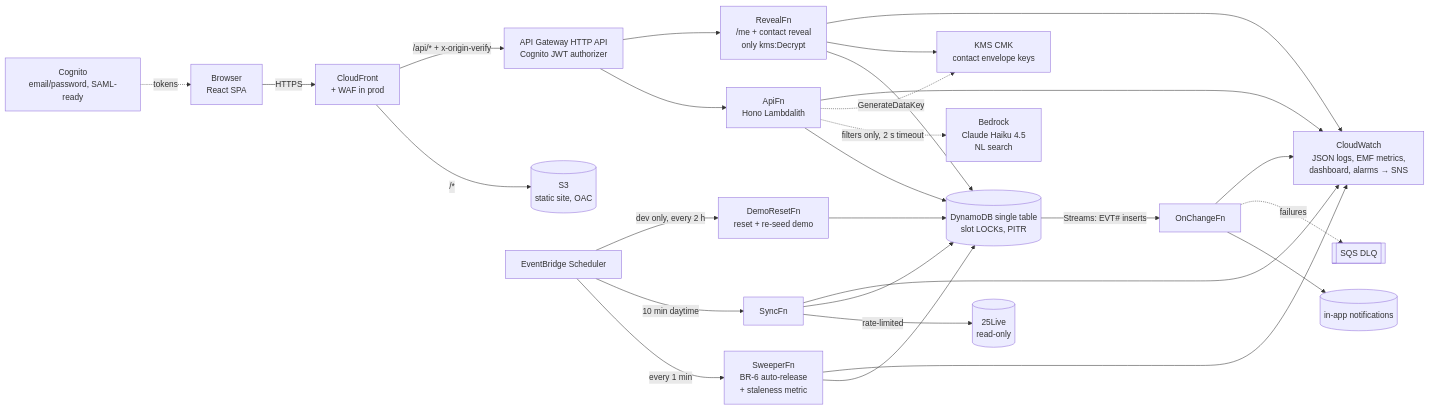
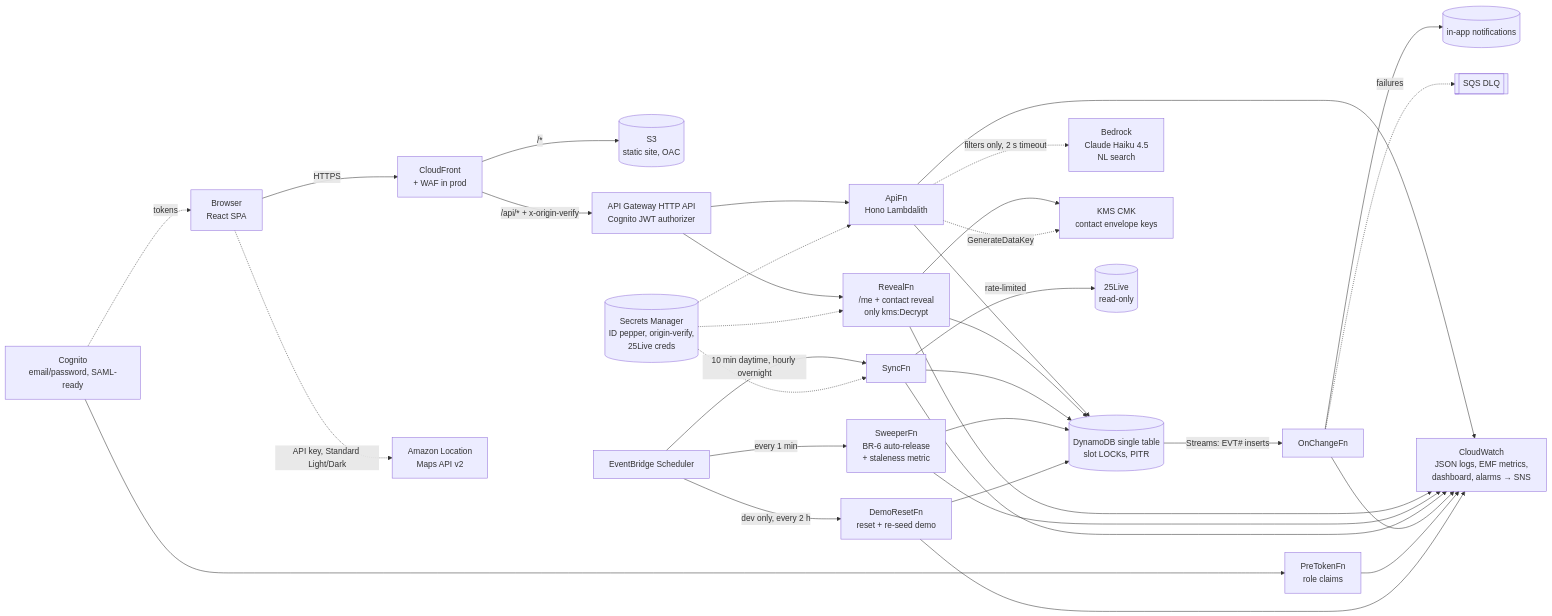
Before and after one commit to lakshmanlak07/freeroom: the diagram in README.md, drawn with Mermaid. The commit also changed other lines of this file and 7 other files, not shown here.

````diff
--- a/README.md
+++ b/README.md
@@ -31,22 +36,25 @@
 ```mermaid
 flowchart LR
   U[Browser<br/>React SPA] -->|HTTPS| CF[CloudFront<br/>+ WAF in prod]
+  U -.API key, Standard Light/Dark.-> LOC[Amazon Location<br/>Maps API v2]
   CF -->|/*| S3[(S3<br/>static site, OAC)]
   CF -->|/api/* + x-origin-verify| GW[API Gateway HTTP API<br/>Cognito JWT authorizer]
   GW --> API[ApiFn<br/>Hono Lambdalith]
   GW --> RV[RevealFn<br/>/me + contact reveal<br/>only kms:Decrypt]
   API --> DDB[(DynamoDB single table<br/>slot LOCKs, PITR)]
   API -.filters only, 2 s timeout.-> BR[Bedrock<br/>Claude Haiku 4.5<br/>NL search]
   RV --> DDB
   RV --> KMS[KMS CMK<br/>contact envelope keys]
   API -.GenerateDataKey.-> KMS
   DDB -->|Streams: EVT# inserts| OC[OnChangeFn] --> N[(in-app notifications)]
   OC -.failures.-> DLQ[[SQS DLQ]]
   SCH[EventBridge Scheduler] -->|every 1 min| SW[SweeperFn<br/>BR-6 auto-release<br/>+ staleness metric]
-  SCH -->|10 min daytime| SY[SyncFn] -->|rate-limited| L25[(25Live<br/>read-only)]
+  SCH -->|10 min daytime, hourly overnight| SY[SyncFn] -->|rate-limited| L25[(25Live<br/>read-only)]
+  SM[(Secrets Manager<br/>ID pepper, origin-verify,<br/>25Live creds)] -.-> API & RV & SY
   SY --> DDB
   SW --> DDB
   SCH -->|dev only, every 2 h| DR[DemoResetFn<br/>reset + re-seed demo] --> DDB
   COG[Cognito<br/>email/password, SAML-ready] -.tokens.-> U
-  API & RV & SW & SY & OC --> CW[CloudWatch<br/>JSON logs, EMF metrics,<br/>dashboard, alarms → SNS]
+  COG --> PT[PreTokenFn<br/>role claims]
+  API & RV & SW & SY & OC & PT & DR --> CW[CloudWatch<br/>JSON logs, EMF metrics,<br/>dashboard, alarms → SNS]
 ```
````
